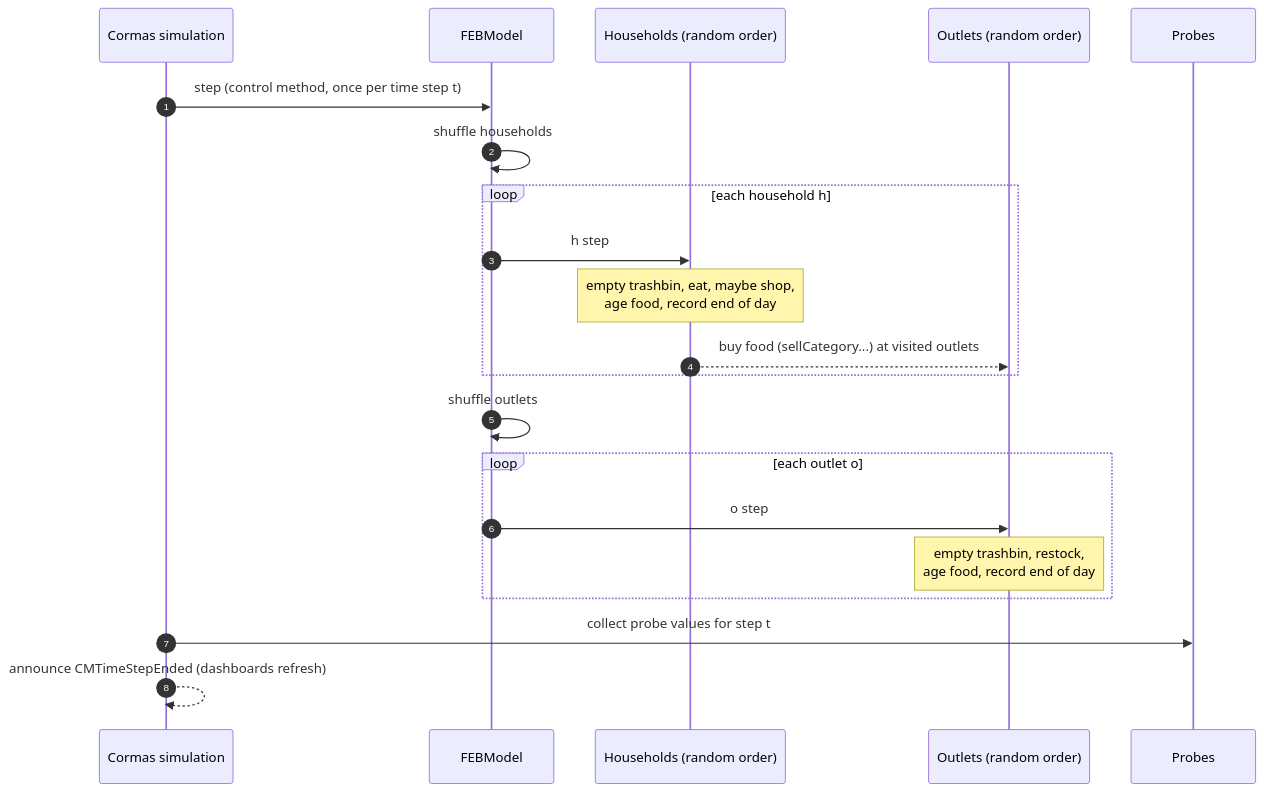
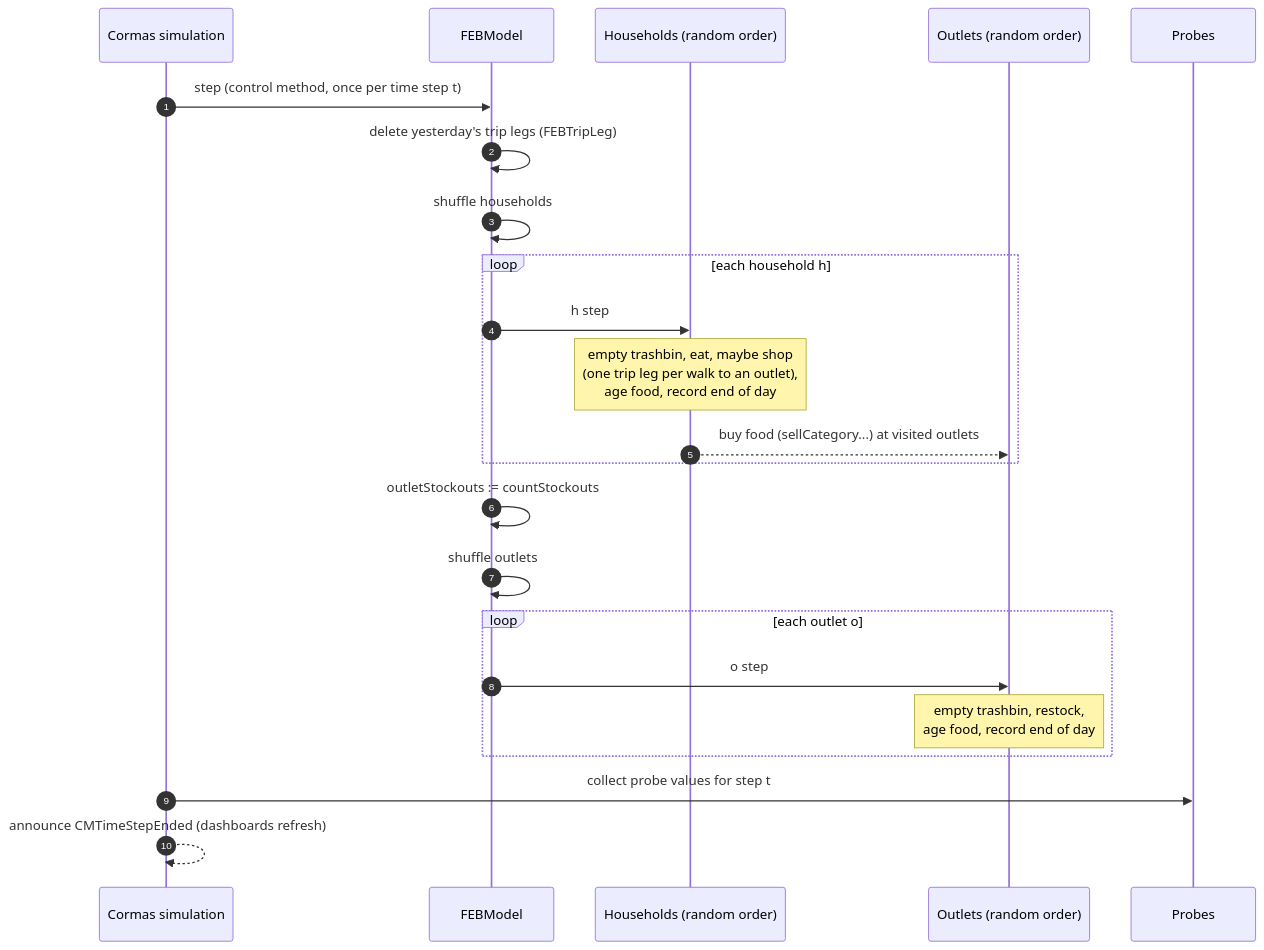
Before and after one commit to JoaquinAmeller/amaea-model: the diagram in odd-from-code/img/05-model-schedule.mmd, drawn with Mermaid. The commit also changed 10 other files, not shown here.

```diff
--- a/odd-from-code/img/05-model-schedule.mmd
+++ b/odd-from-code/img/05-model-schedule.mmd
@@ -1,21 +1,23 @@
 sequenceDiagram
     autonumber
     participant S as Cormas simulation
     participant M as FEBModel
     participant H as Households (random order)
     participant O as Outlets (random order)
     participant P as Probes
     S->>M: step (control method, once per time step t)
+    M->>M: delete yesterday's trip legs (FEBTripLeg)
     M->>M: shuffle households
     loop each household h
         M->>H: h step
-        Note over H: empty trashbin, eat, maybe shop,<br/>age food, record end of day
+        Note over H: empty trashbin, eat, maybe shop<br/>(one trip leg per walk to an outlet),<br/>age food, record end of day
         H-->>O: buy food (sellCategory...) at visited outlets
     end
+    M->>M: outletStockouts := countStockouts
     M->>M: shuffle outlets
     loop each outlet o
         M->>O: o step
         Note over O: empty trashbin, restock,<br/>age food, record end of day
     end
     S->>P: collect probe values for step t
     S-->>S: announce CMTimeStepEnded (dashboards refresh)
```
